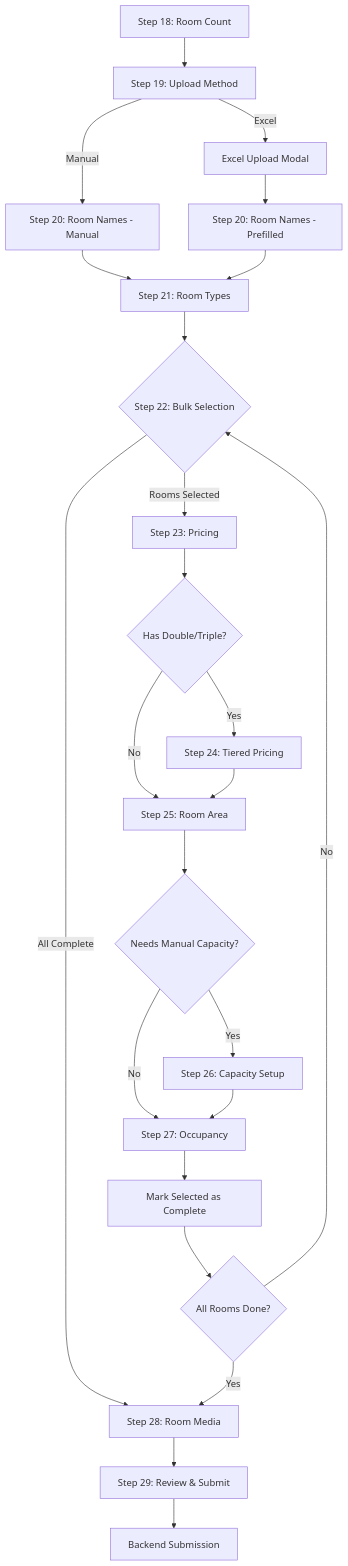
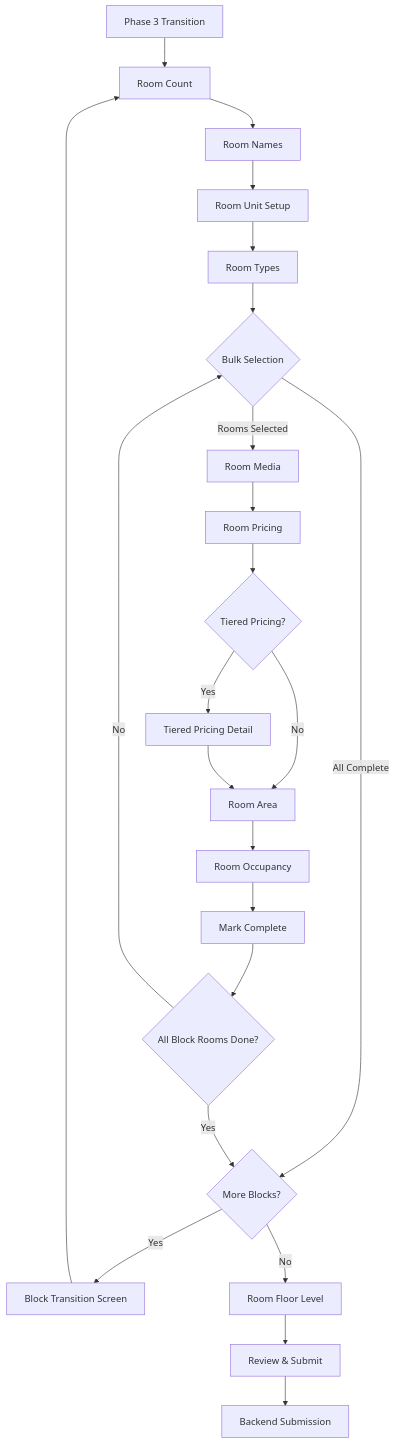
The first of 3 diagrams in docs/architecture/BECOME_OWNER_WIZARD_ARCHITECTURE.md (hasanmokdad-cloud/roomy-vision-clone), drawn with Mermaid before and after one commit. The commit also changed other lines of this file, not shown here.

Commit message:
Updated dorm wizard flow

````diff
--- a/docs/architecture/BECOME_OWNER_WIZARD_ARCHITECTURE.md
+++ b/docs/architecture/BECOME_OWNER_WIZARD_ARCHITECTURE.md
@@ -2342,34 +1193,33 @@
 ```mermaid
 flowchart TD
-    S18[Step 18: Room Count] --> S19[Step 19: Upload Method]
+    S14[Phase 3 Transition] --> S15[Room Count]
+    S15 --> S16[Room Names]
+    S16 --> S17[Room Unit Setup]
+    S17 --> S18[Room Types]
     
-    S19 -->|Manual| S20M[Step 20: Room Names - Manual]
-    S19 -->|Excel| EXCEL[Excel Upload Modal]
-    EXCEL --> S20E[Step 20: Room Names - Prefilled]
+    S18 --> S19{Bulk Selection}
     
-    S20M --> S21[Step 21: Room Types]
-    S20E --> S21
+    S19 -->|All Complete| BLOCK_CHECK{More Blocks?}
+    S19 -->|Rooms Selected| S20[Room Media]
     
-    S21 --> S22{Step 22: Bulk Selection}
+    S20 --> S21[Room Pricing]
     
-    S22 -->|All Complete| S28[Step 28: Room Media]
-    S22 -->|Rooms Selected| S23[Step 23: Pricing]
+    S21 --> TIER{Tiered Pricing?}
+    TIER -->|Yes| S22[Tiered Pricing Detail]
+    TIER -->|No| S23[Room Area]
+    S22 --> S23
     
-    S23 --> TIER{Has Double/Triple?}
-    TIER -->|Yes| S24[Step 24: Tiered Pricing]
-    TIER -->|No| S25[Step 25: Room Area]
-    S24 --> S25
+    S23 --> S25[Room Occupancy]
     
-    S25 --> CAP{Needs Manual Capacity?}
-    CAP -->|Yes| S26[Step 26: Capacity Setup]
-    CAP -->|No| S27[Step 27: Occupancy]
-    S26 --> S27
+    S25 --> MARK[Mark Complete]
+    MARK --> LOOP{All Block Rooms Done?}
+    LOOP -->|No| S19
+    LOOP -->|Yes| BLOCK_CHECK
     
-    S27 --> MARK[Mark Selected as Complete]
-    MARK --> LOOP{All Rooms Done?}
-    LOOP -->|No| S22
-    LOOP -->|Yes| S28
+    BLOCK_CHECK -->|Yes| BTRANS[Block Transition Screen]
+    BTRANS --> S15
+    BLOCK_CHECK -->|No| S26[Room Floor Level]
     
-    S28 --> S29[Step 29: Review & Submit]
-    S29 --> SUBMIT[Backend Submission]
+    S26 --> S27[Review & Submit]
+    S27 --> SUBMIT[Backend Submission]
 ```
````
